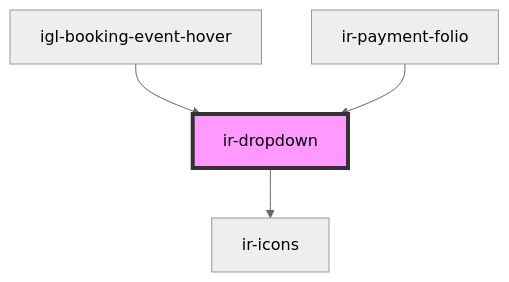
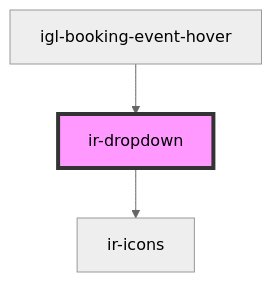
The diagram in src/components/ui/ir-dropdown/readme.md (David1Chowaifaty/modified-ir-webcmp), drawn with Mermaid (neutral theme) before and after one commit. The commit also changed other lines of this file and 70 other files, not shown here.

````diff
--- a/src/components/ui/ir-dropdown/readme.md
+++ b/src/components/ui/ir-dropdown/readme.md
@@ -36,7 +35,6 @@
 ```mermaid
 graph TD;
   ir-dropdown --> ir-icons
   igl-booking-event-hover --> ir-dropdown
-  ir-payment-folio --> ir-dropdown
   style ir-dropdown fill:#f9f,stroke:#333,stroke-width:4px
 ```
````
